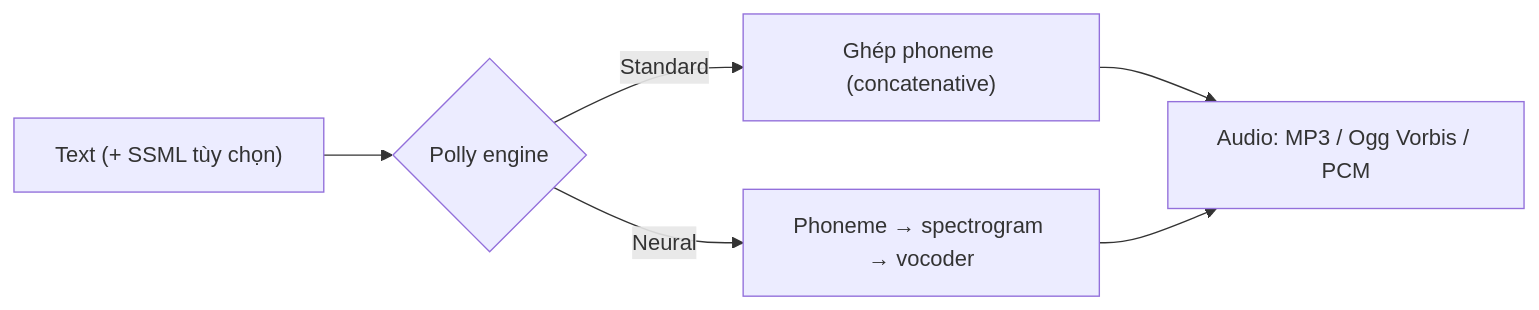
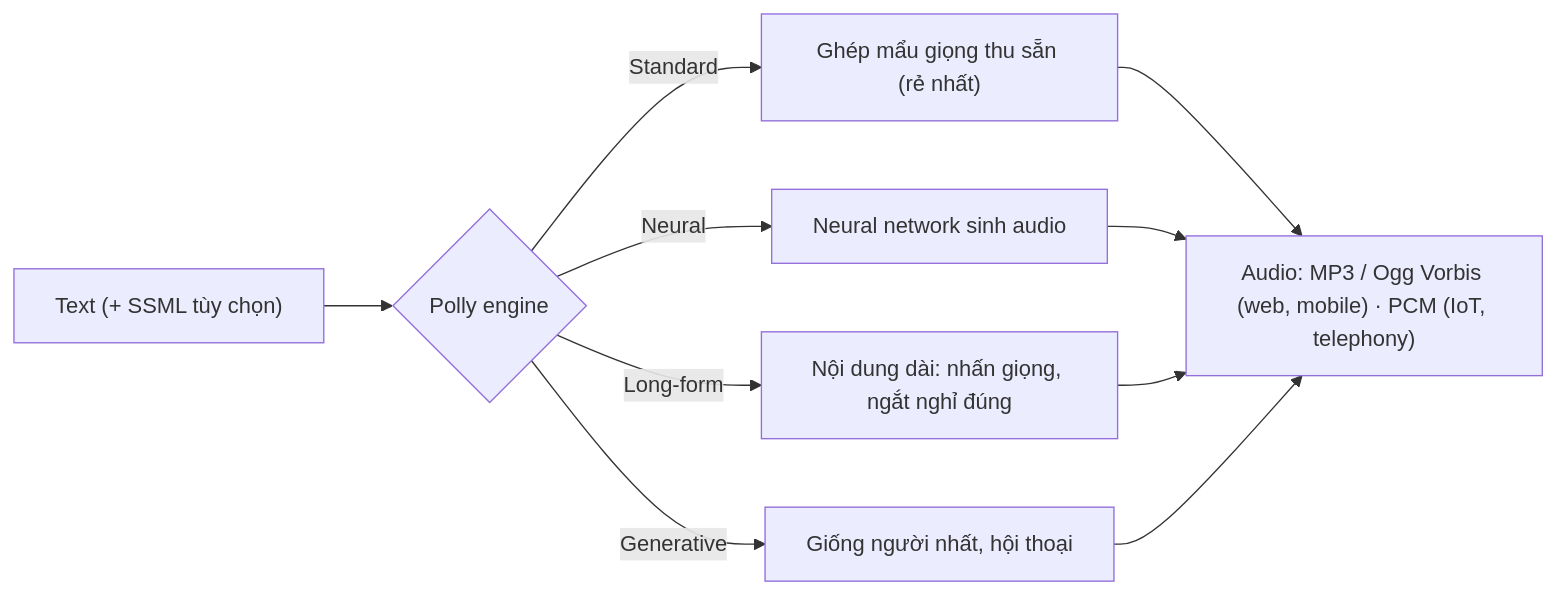
The diagram in data/21 Machine Learning/Polly.md (hairbui76/aws-saa-c03), drawn with Mermaid before and after one commit. The commit also changed other lines of this file and 26 other files, not shown here.

````diff
--- a/data/21 Machine Learning/Polly.md
+++ b/data/21 Machine Learning/Polly.md
@@ -29,8 +37,12 @@
 ```mermaid
 flowchart LR
   T["Text (+ SSML tùy chọn)"] --> P{"Polly engine"}
-  P -- "Standard" --> C["Ghép phoneme (concatenative)"]
-  P -- "Neural" --> N["Phoneme → spectrogram → vocoder"]
-  C --> O["Audio: MP3 / Ogg Vorbis / PCM"]
+  P -- "Standard" --> C["Ghép mẩu giọng thu sẵn (rẻ nhất)"]
+  P -- "Neural" --> N["Neural network sinh audio"]
+  P -- "Long-form" --> LF["Nội dung dài: nhấn giọng, ngắt nghỉ đúng"]
+  P -- "Generative" --> G["Giống người nhất, hội thoại"]
+  C --> O["Audio: MP3 / Ogg Vorbis (web, mobile) · PCM (IoT, telephony)"]
   N --> O
+  LF --> O
+  G --> O
 ```
````
